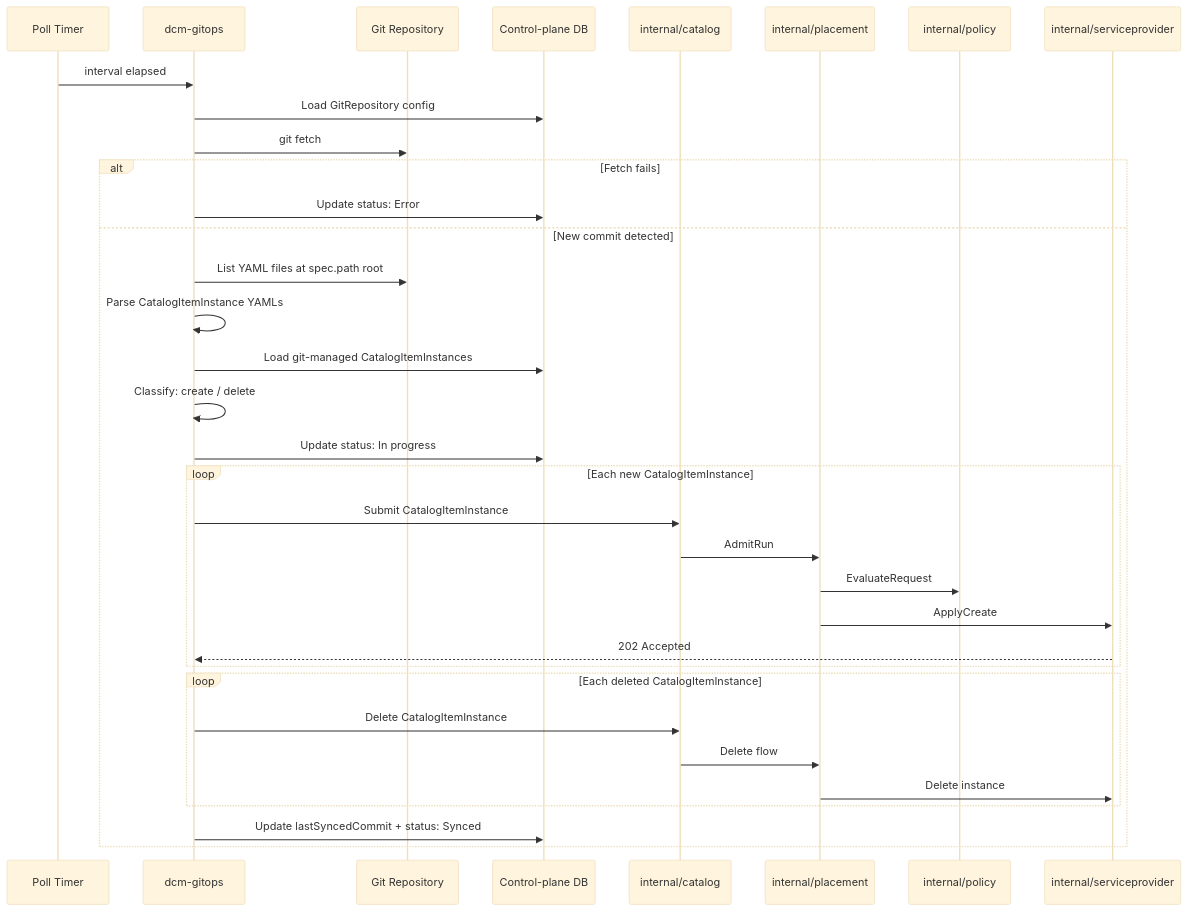
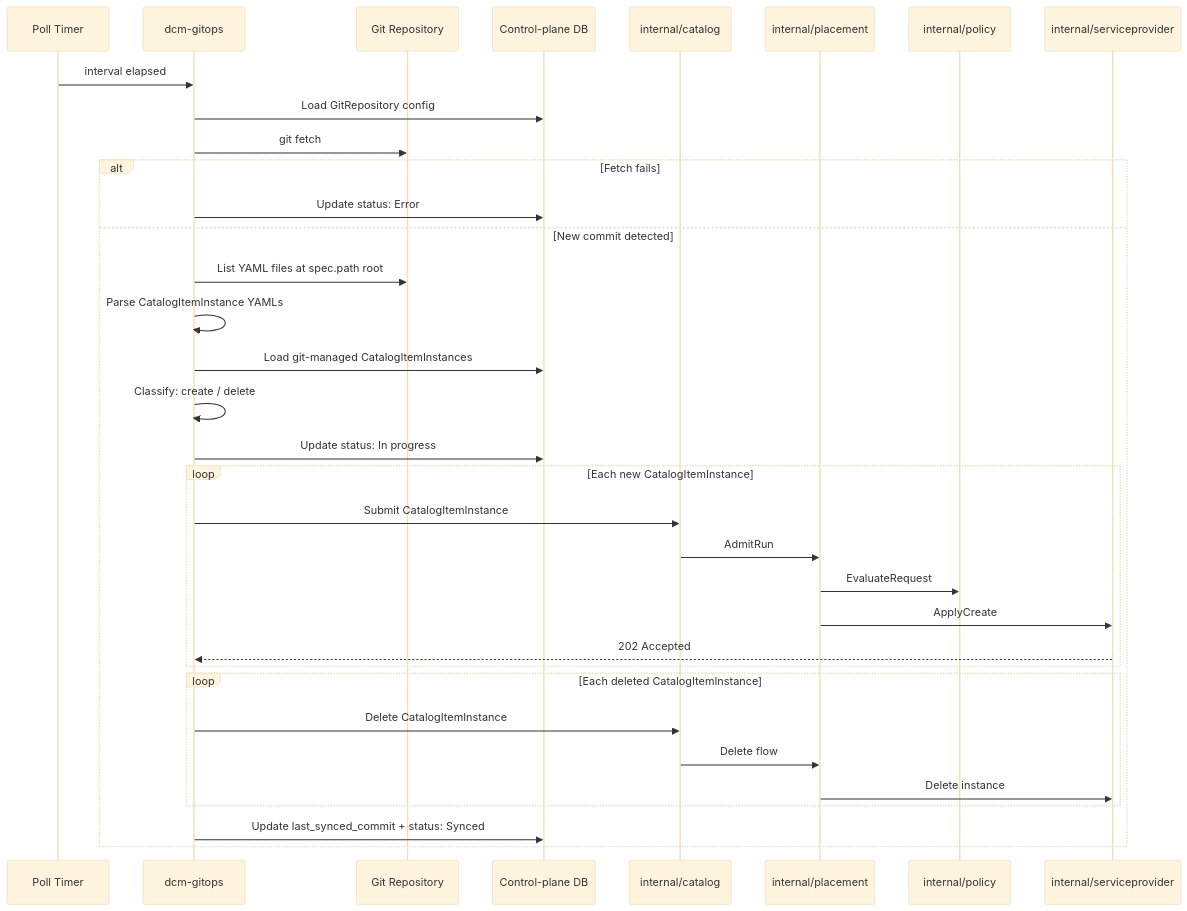
The second of 2 diagrams in enhancements/gitops-controller/gitops-controller.md (dcm-project/enhancements), drawn with Mermaid (base theme) before and after one commit. The commit also changed other lines of this file and 19 other files, not shown here.

````diff
--- a/enhancements/gitops-controller/gitops-controller.md
+++ b/enhancements/gitops-controller/gitops-controller.md
@@ -303,37 +303,37 @@
 ```mermaid
 sequenceDiagram
     participant Timer as Poll Timer
     participant GC as dcm-gitops
     participant Git as Git Repository
     participant DB as Control-plane DB
     participant Cat as internal/catalog
     participant PM as internal/placement
     participant POL as internal/policy
     participant SPRM as internal/serviceprovider
 
     Timer->>GC: interval elapsed
     GC->>DB: Load GitRepository config
     GC->>Git: git fetch
     alt Fetch fails
         GC->>DB: Update status: Error
     else New commit detected
         GC->>Git: List YAML files at spec.path root
         GC->>GC: Parse CatalogItemInstance YAMLs
         GC->>DB: Load git-managed CatalogItemInstances
         GC->>GC: Classify: create / delete
         GC->>DB: Update status: In progress
         loop Each new CatalogItemInstance
             GC->>Cat: Submit CatalogItemInstance
             Cat->>PM: AdmitRun
             PM->>POL: EvaluateRequest
             PM->>SPRM: ApplyCreate
             SPRM-->>GC: 202 Accepted
         end
         loop Each deleted CatalogItemInstance
             GC->>Cat: Delete CatalogItemInstance
             Cat->>PM: Delete flow
             PM->>SPRM: Delete instance
         end
-        GC->>DB: Update lastSyncedCommit + status: Synced
+        GC->>DB: Update last_synced_commit + status: Synced
     end
 ```
````
